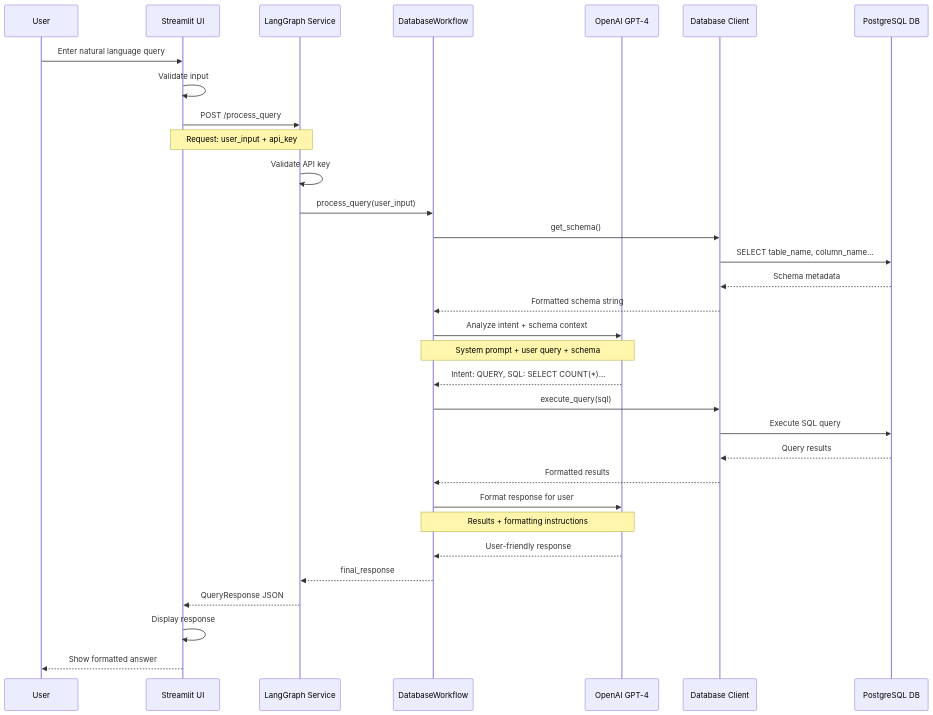
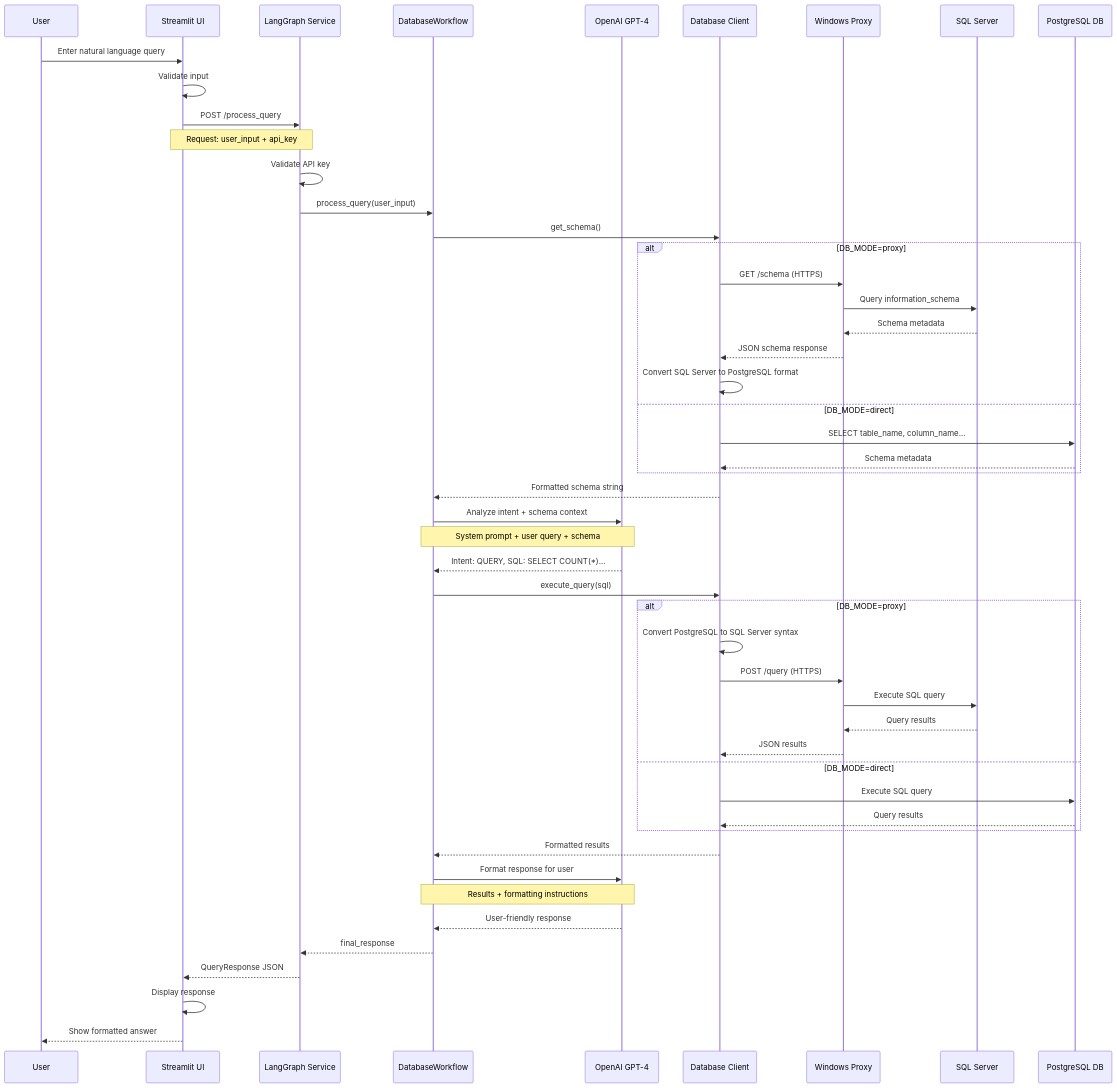
One commit to julianus-kath/proactive-context-learning changed the fourth of 14 diagrams in adrs/0010-dynamic-erp-assistant-complete-system-architecture.md. Above: the diagram before and after it, drawn with Mermaid. The commit also changed other lines of this file and 8 other files, not shown here.

````diff
--- a/adrs/0010-dynamic-erp-assistant-complete-system-architecture.md
+++ b/adrs/0010-dynamic-erp-assistant-complete-system-architecture.md
@@ -197,41 +247,63 @@
 ```mermaid
 sequenceDiagram
     participant U as User
     participant UI as Streamlit UI
     participant API as LangGraph Service
     participant WF as DatabaseWorkflow
     participant AI as OpenAI GPT-4
     participant DB as Database Client
+    participant PROXY as Windows Proxy
+    participant SQL as SQL Server
     participant PG as PostgreSQL DB
     
     U->>UI: Enter natural language query
     UI->>UI: Validate input
     UI->>API: POST /process_query
     Note over UI,API: Request: user_input + api_key
     
     API->>API: Validate API key
     API->>WF: process_query(user_input)
     
     WF->>DB: get_schema()
-    DB->>PG: SELECT table_name, column_name...
-    PG-->>DB: Schema metadata
+    
+    alt DB_MODE=proxy
+        DB->>PROXY: GET /schema (HTTPS)
+        PROXY->>SQL: Query information_schema
+        SQL-->>PROXY: Schema metadata
+        PROXY-->>DB: JSON schema response
+        DB->>DB: Convert SQL Server to PostgreSQL format
+    else DB_MODE=direct
+        DB->>PG: SELECT table_name, column_name...
+        PG-->>DB: Schema metadata
+    end
+    
     DB-->>WF: Formatted schema string
     
     WF->>AI: Analyze intent + schema context
     Note over WF,AI: System prompt + user query + schema
     AI-->>WF: Intent: QUERY, SQL: SELECT COUNT(*)...
     
     WF->>DB: execute_query(sql)
-    DB->>PG: Execute SQL query
-    PG-->>DB: Query results
+    
+    alt DB_MODE=proxy
+        DB->>DB: Convert PostgreSQL to SQL Server syntax
+        DB->>PROXY: POST /query (HTTPS)
+        PROXY->>SQL: Execute SQL query
+        SQL-->>PROXY: Query results
+        PROXY-->>DB: JSON results
+    else DB_MODE=direct
+        DB->>PG: Execute SQL query
+        PG-->>DB: Query results
+    end
+    
     DB-->>WF: Formatted results
     
     WF->>AI: Format response for user
     Note over WF,AI: Results + formatting instructions
     AI-->>WF: User-friendly response
     
     WF-->>API: final_response
     API-->>UI: QueryResponse JSON
     UI->>UI: Display response
     UI-->>U: Show formatted answer
 ```
````
